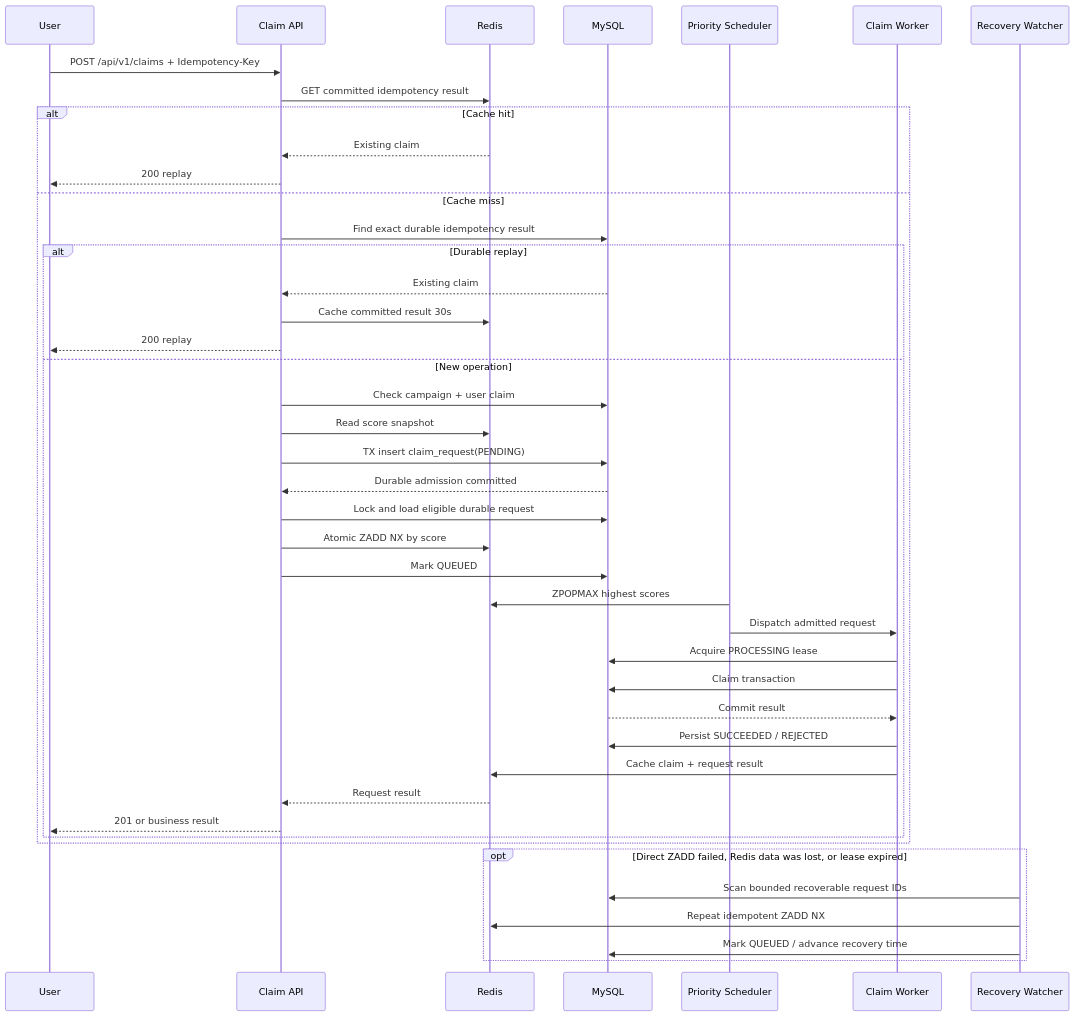
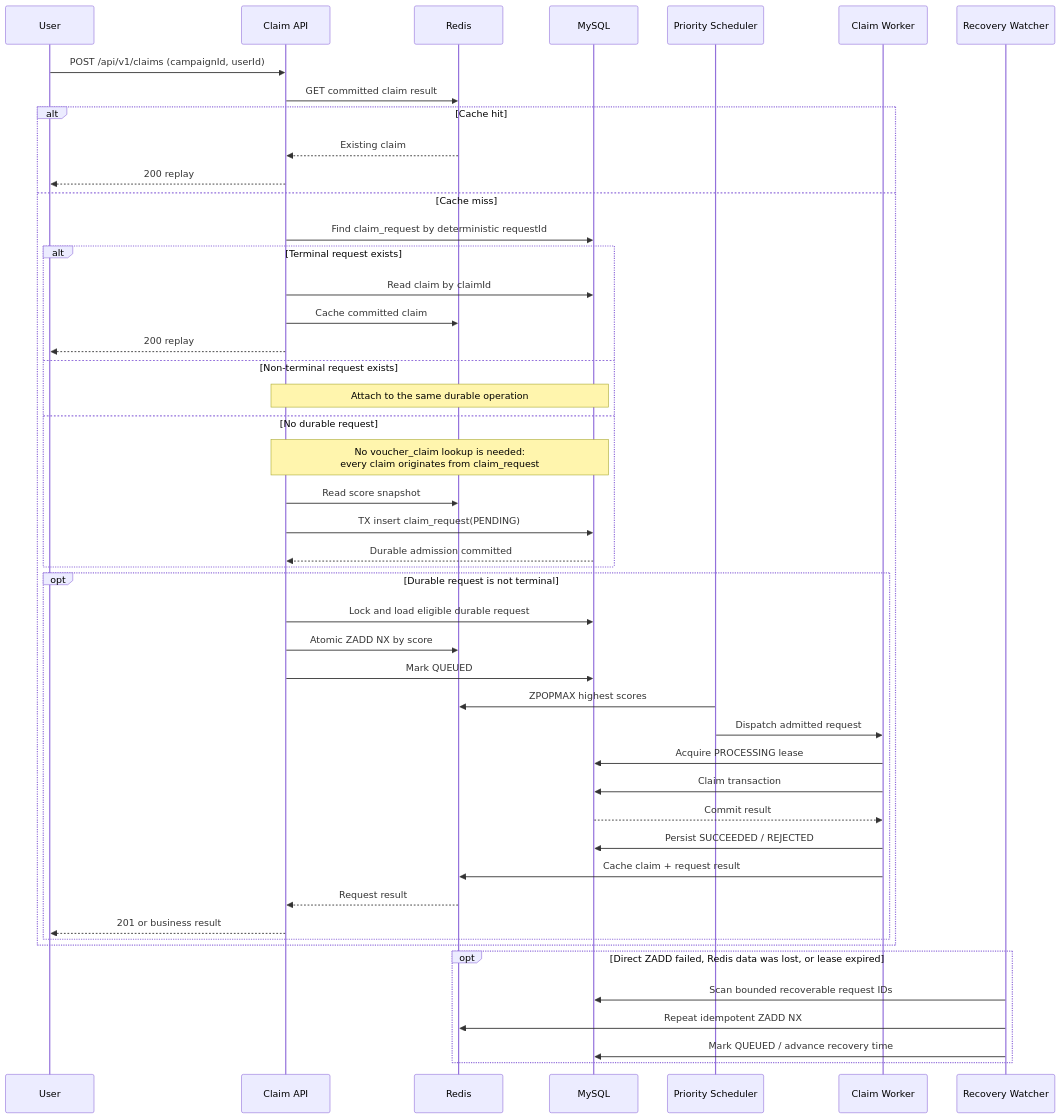
One commit to PhamDinhDuy-2508/Voucher-claim-system changed the tenth of 14 diagrams in SOLUTION.md. Above: the diagram before and after it, drawn with Mermaid. The commit also changed other lines of this file and 65 other files, not shown here.

Commit message:
feat: improve durable voucher claim workflow

````diff
--- a/SOLUTION.md
+++ b/SOLUTION.md
@@ -443,46 +465,50 @@
 ```mermaid
 sequenceDiagram
     participant U as User
     participant API as Claim API
     participant R as Redis
     participant DB as MySQL
     participant S as Priority Scheduler
     participant W as Claim Worker
     participant RW as Recovery Watcher
 
-    U->>API: POST /api/v1/claims + Idempotency-Key
-    API->>R: GET committed idempotency result
+    U->>API: POST /api/v1/claims (campaignId, userId)
+    API->>R: GET committed claim result
     alt Cache hit
         R-->>API: Existing claim
         API-->>U: 200 replay
     else Cache miss
-        API->>DB: Find exact durable idempotency result
-        alt Durable replay
-            DB-->>API: Existing claim
-            API->>R: Cache committed result 30s
+        API->>DB: Find claim_request by deterministic requestId
+        alt Terminal request exists
+            API->>DB: Read claim by claimId
+            API->>R: Cache committed claim
             API-->>U: 200 replay
-        else New operation
-            API->>DB: Check campaign + user claim
+        else Non-terminal request exists
+            Note over API,DB: Attach to the same durable operation
+        else No durable request
+            Note over API,DB: No voucher_claim lookup is needed:<br/>every claim originates from claim_request
             API->>R: Read score snapshot
             API->>DB: TX insert claim_request(PENDING)
             DB-->>API: Durable admission committed
+        end
+        opt Durable request is not terminal
             API->>DB: Lock and load eligible durable request
             API->>R: Atomic ZADD NX by score
             API->>DB: Mark QUEUED
             S->>R: ZPOPMAX highest scores
             S->>W: Dispatch admitted request
             W->>DB: Acquire PROCESSING lease
             W->>DB: Claim transaction
             DB-->>W: Commit result
             W->>DB: Persist SUCCEEDED / REJECTED
             W->>R: Cache claim + request result
             R-->>API: Request result
             API-->>U: 201 or business result
         end
     end
     opt Direct ZADD failed, Redis data was lost, or lease expired
         RW->>DB: Scan bounded recoverable request IDs
         RW->>R: Repeat idempotent ZADD NX
         RW->>DB: Mark QUEUED / advance recovery time
     end
 ```
````
